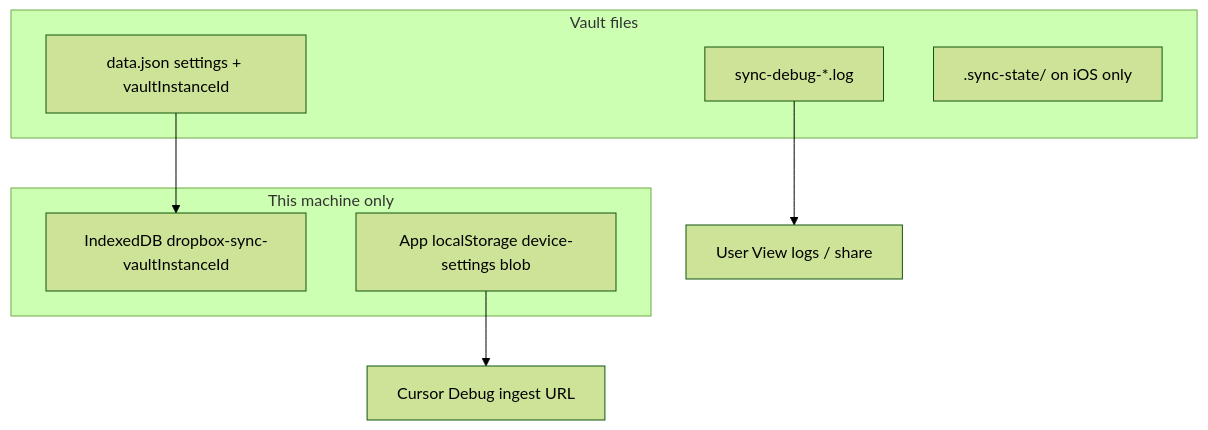
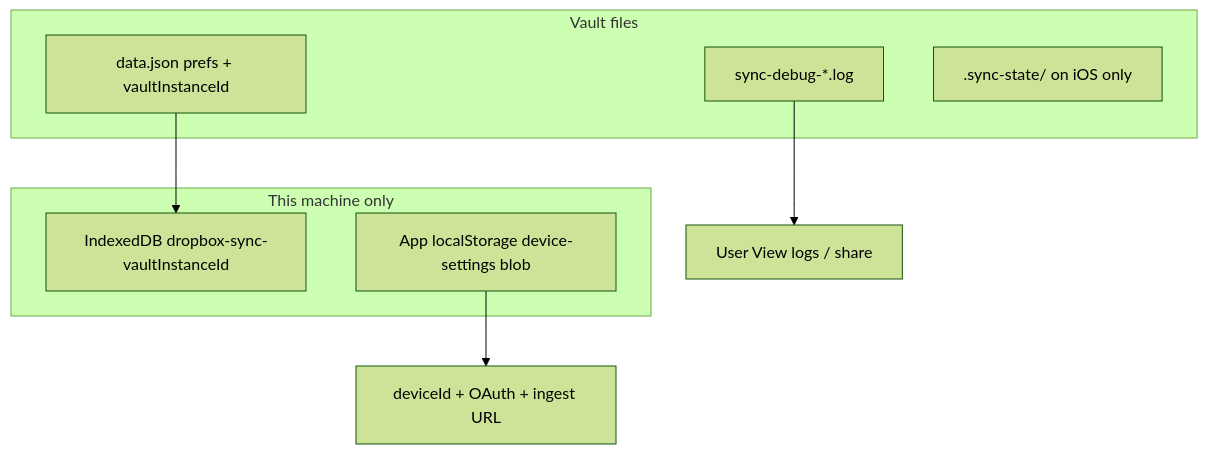
One commit to daledesilva/obsidian-dropbox-sync changed the diagram in docs/plugin-persistence.md. Above: the diagram before and after it, drawn with Mermaid (forest theme). The commit also changed other lines of this file and 30 other files, not shown here.

Commit message:
documented: Captured release 0.2 sync-gap closure behaviour for maintainers and aligned conflict, safety, and persistence docs with inverted keep_both and device-local credentials. Added the qa-test-vault generator and deploy scripts so manual Dropbox runbooks share one reseedable playground.

````diff
--- a/docs/plugin-persistence.md
+++ b/docs/plugin-persistence.md
@@ -18,15 +18,15 @@
 ```mermaid
 flowchart TB
   subgraph vaultFiles [Vault files]
-    DataJson["data.json settings + vaultInstanceId"]
+    DataJson["data.json prefs + vaultInstanceId"]
     SyncDebug["sync-debug-*.log"]
     SyncStateIos[".sync-state/ on iOS only"]
   end
   subgraph deviceLocal [This machine only]
     Idb["IndexedDB dropbox-sync-vaultInstanceId"]
     AppLs["App localStorage device-settings blob"]
   end
   DataJson --> Idb
-  AppLs --> Ingest["Cursor Debug ingest URL"]
+  AppLs --> Identity["deviceId + OAuth + ingest URL"]
   SyncDebug --> User["User View logs / share"]
 ```
````
